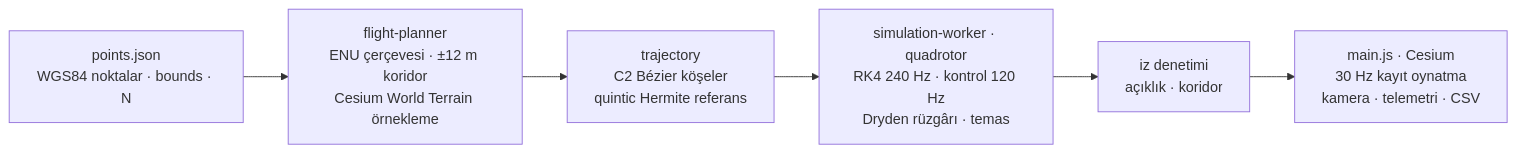
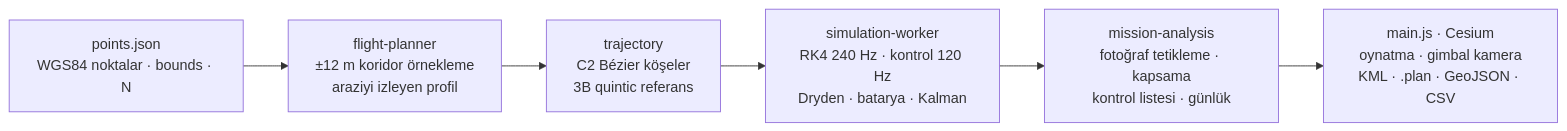
One commit to yucel-gumus/cesium-drone.github.io changed the diagram in README.md. Above: the diagram before and after it, drawn with Mermaid. The commit also changed other lines of this file and 3 other files, not shown here.

Commit message:
docs: document the recon mission with real-terrain measurements and new screenshots

````diff
--- a/README.md
+++ b/README.md
@@ -55,8 +58,8 @@
 ```mermaid
 flowchart LR
-  A["points.json<br/>WGS84 noktalar · bounds · N"] --> B["flight-planner<br/>ENU çerçevesi · ±12 m koridor<br/>Cesium World Terrain örnekleme"]
-  B --> C["trajectory<br/>C2 Bézier köşeler<br/>quintic Hermite referans"]
-  C --> D["simulation-worker · quadrotor<br/>RK4 240 Hz · kontrol 120 Hz<br/>Dryden rüzgârı · temas"]
-  D --> E["iz denetimi<br/>açıklık · koridor"]
-  E --> F["main.js · Cesium<br/>30 Hz kayıt oynatma<br/>kamera · telemetri · CSV"]
+  A["points.json<br/>WGS84 noktalar · bounds · N"] --> B["flight-planner<br/>±12 m koridor örnekleme<br/>araziyi izleyen profil"]
+  B --> C["trajectory<br/>C2 Bézier köşeler<br/>3B quintic referans"]
+  C --> D["simulation-worker<br/>RK4 240 Hz · kontrol 120 Hz<br/>Dryden · batarya · Kalman"]
+  D --> E["mission-analysis<br/>fotoğraf tetikleme · kapsama<br/>kontrol listesi · günlük"]
+  E --> F["main.js · Cesium<br/>oynatma · gimbal kamera<br/>KML · .plan · GeoJSON · CSV"]
 ```
````
